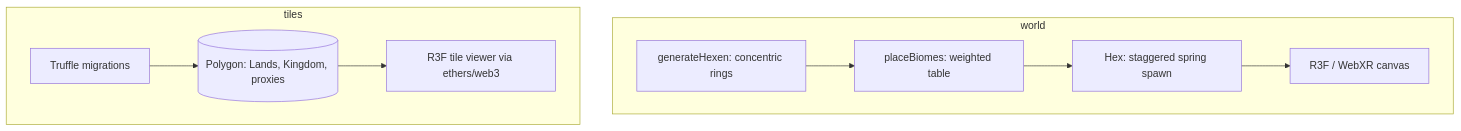
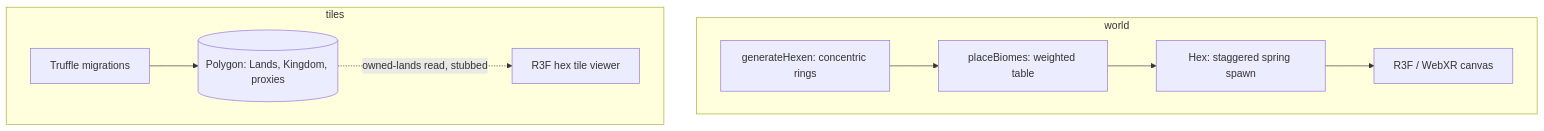
The first of 2 diagrams in README.md (aenoriss/shattered-lands), drawn with Mermaid before and after one commit. The commit also changed other lines of this file, not shown here.

Commit message:
Arrow QA: mark stubbed on-chain read; align prose to real tiles behavior

````diff
--- a/README.md
+++ b/README.md
@@ -22,11 +22,11 @@
 ```mermaid
 flowchart TD
   subgraph world
     R[generateHexen: concentric rings] --> B[placeBiomes: weighted table]
     B --> H[Hex: staggered spring spawn] --> X[R3F / WebXR canvas]
   end
   subgraph tiles
     M[Truffle migrations] --> POLY[(Polygon: Lands, Kingdom, proxies)]
-    POLY --> V[R3F tile viewer via ethers/web3]
+    POLY -.->|owned-lands read, stubbed| V[R3F hex tile viewer]
   end
 ```
````
